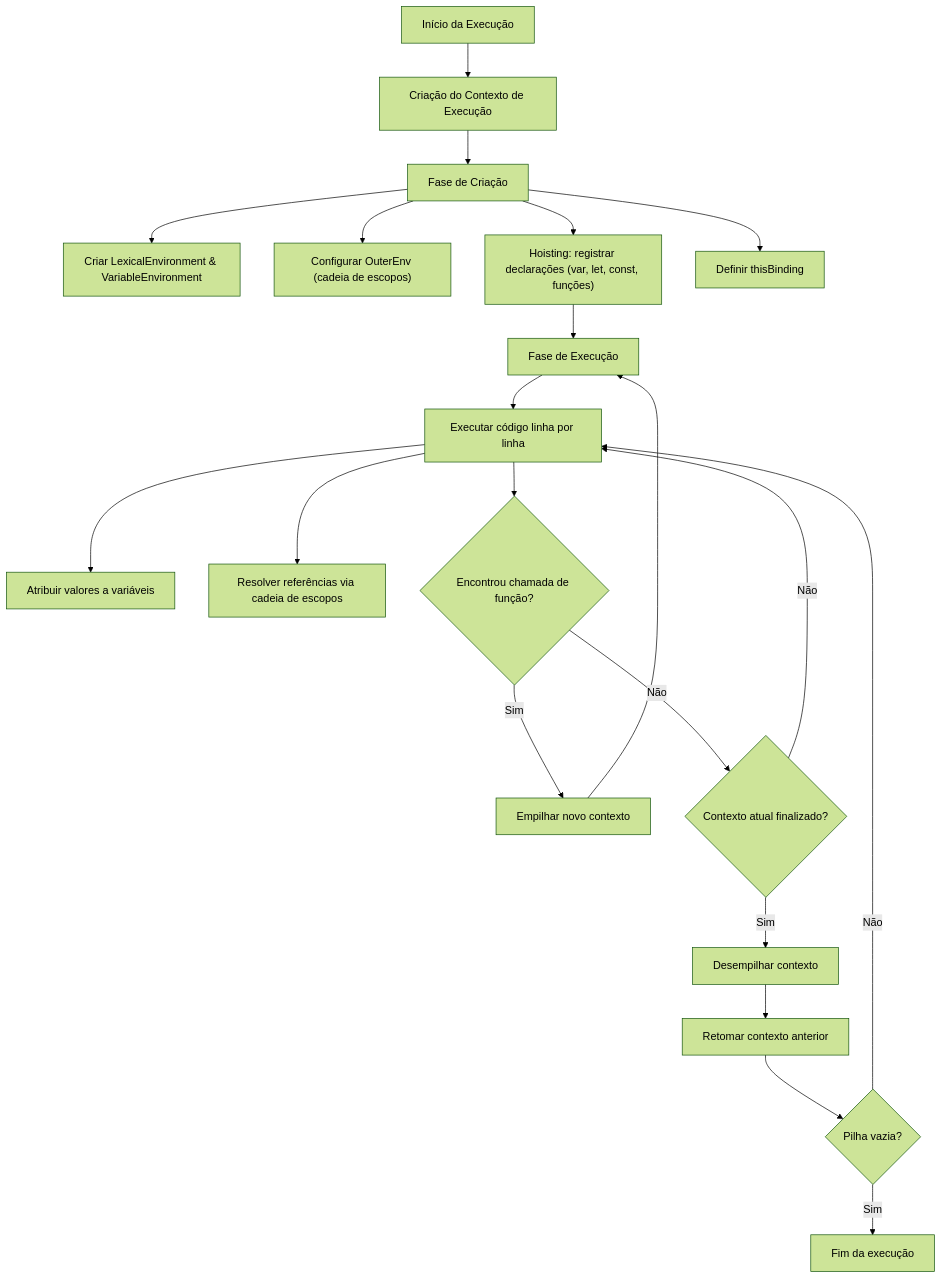
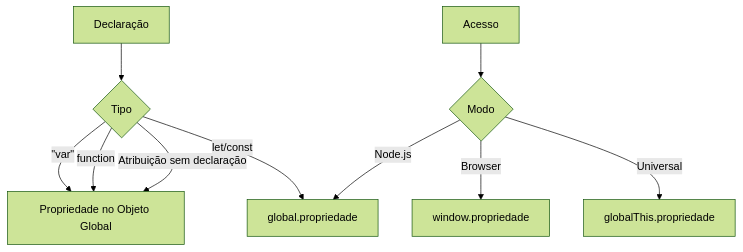
Before and after one commit to natalialuizads/notes: the seventh of 10 diagrams in docs/javascript/execution-contexts.mdx, drawn with Mermaid (forest theme). The commit also changed other lines of this file, not shown here.

````diff
--- a/docs/javascript/execution-contexts.mdx
+++ b/docs/javascript/execution-contexts.mdx
@@ -145,23 +417,13 @@
 ```mermaid
-flowchart TD
-    A[Início da Execução] --> B[Criação do Contexto de Execução]
-    B --> C[Fase de Criação]
-    C --> D["Criar LexicalEnvironment & VariableEnvironment"]
-    C --> E["Configurar OuterEnv (cadeia de escopos)"]
-    C --> F["Hoisting: registrar declarações (var, let, const, funções)"]
-    C --> G["Definir thisBinding"]
-    F --> H[Fase de Execução]
-    H --> I["Executar código linha por linha"]
-    I --> J[Atribuir valores a variáveis]
-    I --> K[Resolver referências via cadeia de escopos]
-    I --> L{Encontrou chamada de função?}
-    L -->|Sim| M[Empilhar novo contexto]
-    M --> H
-    L -->|Não| N{Contexto atual finalizado?}
-    N -->|Não| I
-    N -->|Sim| O[Desempilhar contexto]
-    O --> P[Retomar contexto anterior]
-    P --> Q{Pilha vazia?}
-    Q -->|Sim| R[Fim da execução]
-    Q -->|Não| I
+flowchart TB
+    D[Declaração] --> T{Tipo}
+    T -->|&quot;var&quot;| G[Propriedade no Objeto Global]
+    T -->|function| G
+    T -->|let/const| N[Não adiciona ao Global Object]
+    T -->|Atribuição sem declaração| G
+    
+    A[Acesso] --> M{Modo}
+    M -->|Browser| W[window.propriedade]
+    M -->|Node.js| N[global.propriedade]
+    M -->|Universal| GT[globalThis.propriedade]
 ```
````
